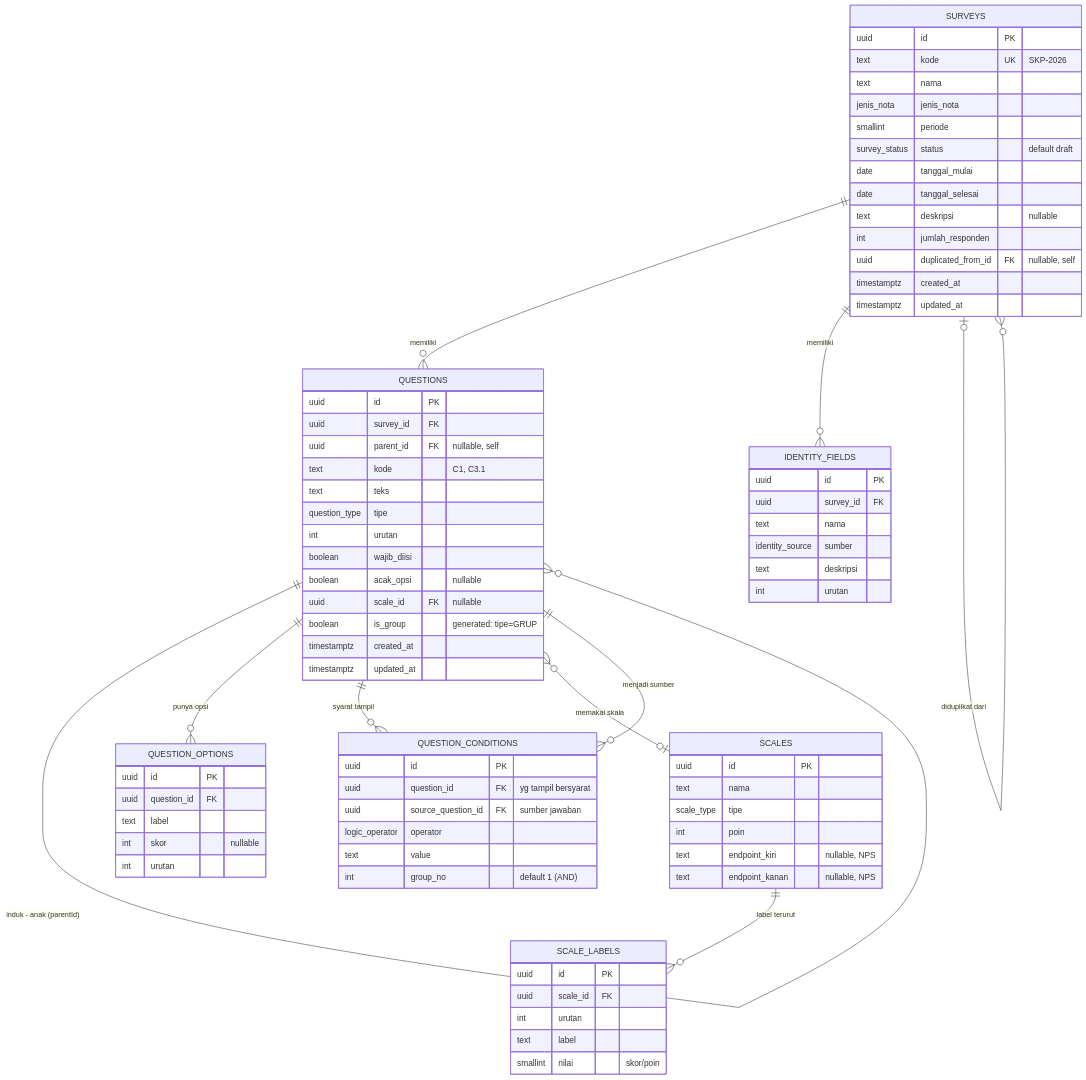
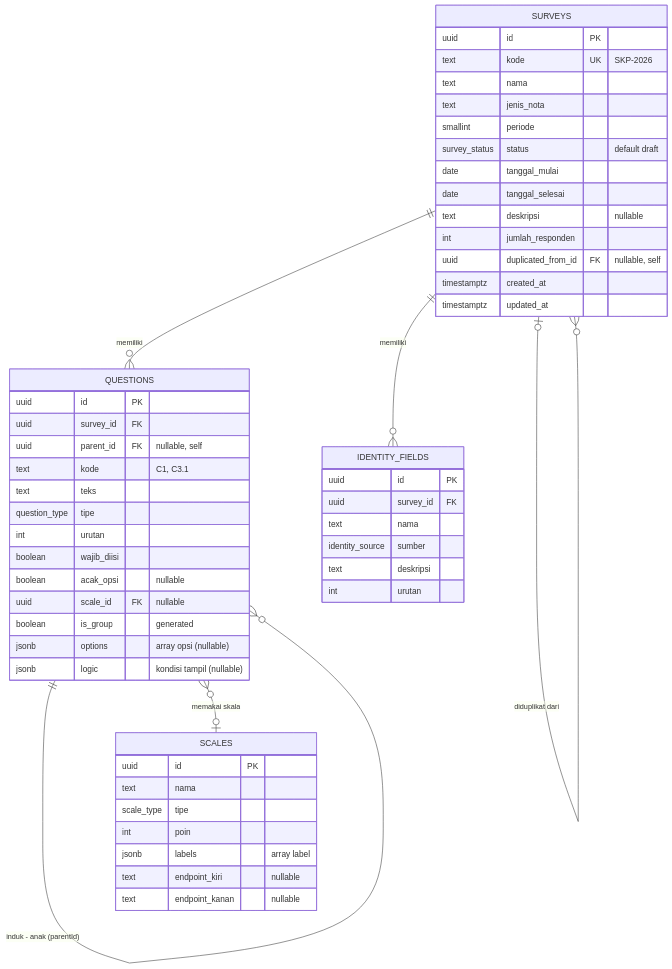
Before and after one commit to chandradarmawan/cms-survey-app: the diagram in frontend/docs/DATABASE.md, drawn with Mermaid. The commit also changed other lines of this file, not shown here.

````diff
--- a/frontend/docs/DATABASE.md
+++ b/frontend/docs/DATABASE.md
@@ -18,20 +28,16 @@
 ```mermaid
 erDiagram
-    SURVEYS              ||--o{ QUESTIONS : "memiliki"
-    SURVEYS              ||--o{ IDENTITY_FIELDS : "memiliki"
-    SURVEYS              |o--o{ SURVEYS : "diduplikat dari"
-    QUESTIONS            ||--o{ QUESTIONS : "induk - anak (parentId)"
-    QUESTIONS            ||--o{ QUESTION_OPTIONS : "punya opsi"
-    QUESTIONS            ||--o{ QUESTION_CONDITIONS : "syarat tampil"
-    QUESTIONS            }o--o| SCALES : "memakai skala"
-    QUESTIONS            ||--o{ QUESTION_CONDITIONS : "menjadi sumber"
-    SCALES               ||--o{ SCALE_LABELS : "label terurut"
+    SURVEYS         ||--o{ QUESTIONS : "memiliki"
+    SURVEYS         ||--o{ IDENTITY_FIELDS : "memiliki"
+    SURVEYS         |o--o{ SURVEYS : "diduplikat dari"
+    QUESTIONS       ||--o{ QUESTIONS : "induk - anak (parentId)"
+    QUESTIONS       }o--o| SCALES : "memakai skala"
 
     SURVEYS {
         uuid id PK
         text kode UK "SKP-2026"
         text nama
-        jenis_nota jenis_nota
+        text jenis_nota
         smallint periode
         survey_status status "default draft"
         date tanggal_mulai
@@ -42,7 +48,6 @@
         timestamptz created_at
         timestamptz updated_at
     }
-
     QUESTIONS {
         uuid id PK
         uuid survey_id FK
@@ -54,45 +59,19 @@
         boolean wajib_diisi
         boolean acak_opsi "nullable"
         uuid scale_id FK "nullable"
-        boolean is_group "generated: tipe=GRUP"
-        timestamptz created_at
-        timestamptz updated_at
+        boolean is_group "generated"
+        jsonb options "array opsi (nullable)"
+        jsonb logic "kondisi tampil (nullable)"
     }
-
-    QUESTION_OPTIONS {
-        uuid id PK
-        uuid question_id FK
-        text label
-        int skor "nullable"
-        int urutan
-    }
-
-    QUESTION_CONDITIONS {
-        uuid id PK
-        uuid question_id FK "yg tampil bersyarat"
-        uuid source_question_id FK "sumber jawaban"
-        logic_operator operator
-        text value
-        int group_no "default 1 (AND)"
-    }
-
     SCALES {
         uuid id PK
         text nama
         scale_type tipe
         int poin
-        text endpoint_kiri "nullable, NPS"
-        text endpoint_kanan "nullable, NPS"
+        jsonb labels "array label"
+        text endpoint_kiri "nullable"
+        text endpoint_kanan "nullable"
     }
-
-    SCALE_LABELS {
-        uuid id PK
-        uuid scale_id FK
-        int urutan
-        text label
-        smallint nilai "skor/poin"
-    }
-
     IDENTITY_FIELDS {
         uuid id PK
         uuid survey_id FK
````
